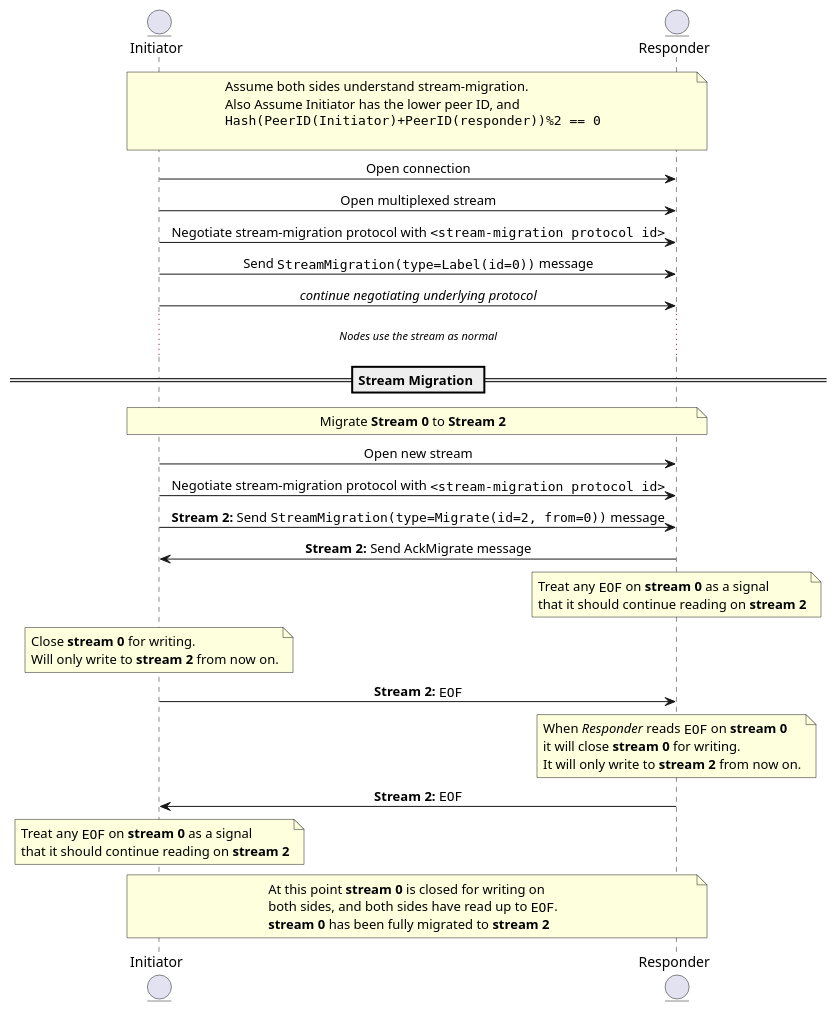
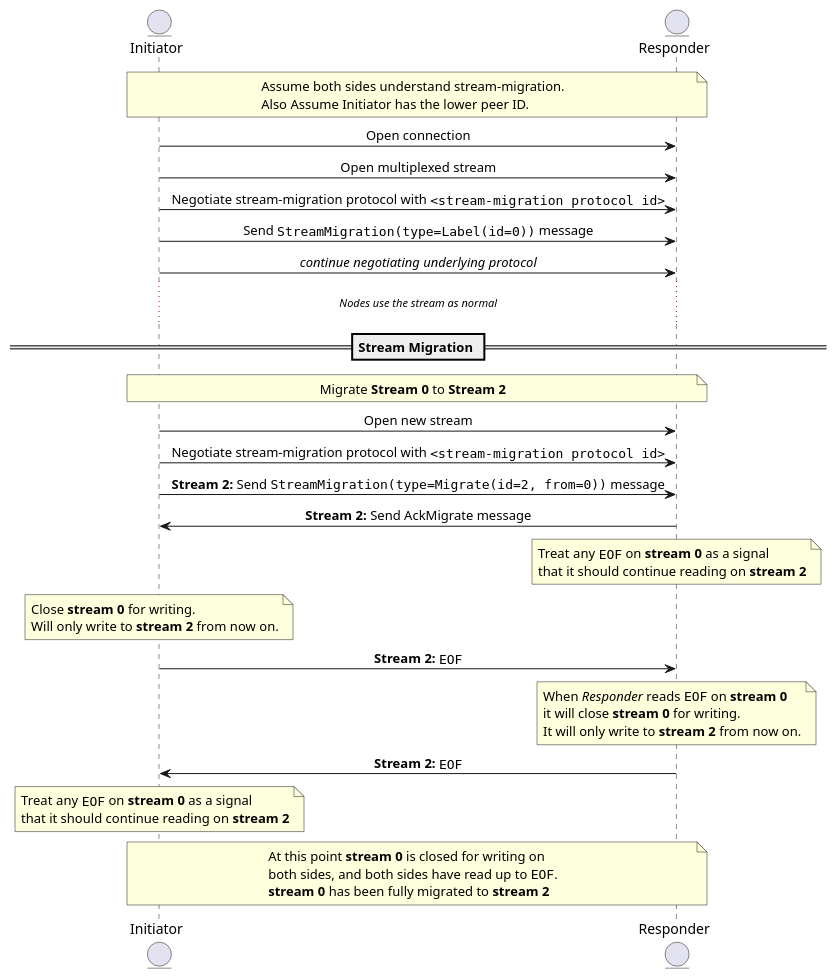
Before and after one commit to libp2p/specs: the diagram in connections/stream-migration.md, drawn with PlantUML. The commit also changed other lines of this file and 1 other file, not shown here.

Commit message:
Simply use the lower peer id

````diff
--- a/connections/stream-migration.md
+++ b/connections/stream-migration.md
@@ -63,68 +63,66 @@
 ``` plantuml
 @startuml stream-migration
 skinparam sequenceMessageAlign center
 entity Initiator
 entity Responder
 
 note over Initiator, Responder
     Assume both sides understand stream-migration.
-    Also Assume Initiator has the lower peer ID, and
-    ""Hash(PeerID(Initiator)+PeerID(responder))%2 == 0""
-
+    Also Assume Initiator has the lower peer ID.
 end note
 
 Initiator -> Responder: Open connection
 Initiator -> Responder: Open multiplexed stream
 
 Initiator -> Responder: Negotiate stream-migration protocol with ""<stream-migration protocol id>""
 
 Initiator -> Responder: Send ""StreamMigration(type=Label(id=0))"" message
 
 Initiator -> Responder: <i> continue negotiating underlying protocol </i>
 ... <i>Nodes use the stream as normal<i> ...
 
 == Stream Migration ==
 
 note over Initiator, Responder: Migrate <b>Stream 0</b> to <b>Stream 2</b>
 
 Initiator -> Responder: Open new stream
 Initiator -> Responder: Negotiate stream-migration protocol with ""<stream-migration protocol id>""
 
 Initiator -> Responder: <b>Stream 2:</b> Send ""StreamMigration(type=Migrate(id=2, from=0))"" message
 
 Initiator <- Responder: <b>Stream 2:</b> Send AckMigrate message
 
 note over Responder
     Treat any ""EOF"" on <b>stream 0</b> as a signal
     that it should continue reading on <b>stream 2</b>
 end note
 
 
 note over Initiator
     Close <b>stream 0</b> for writing.
     Will only write to <b>stream 2</b> from now on.
 end note
 
 Initiator -> Responder: <b>Stream 2:</b> ""EOF""
 
 note over Responder
     When <i>Responder</i> reads ""EOF"" on <b>stream 0</b>
     it will close <b>stream 0</b> for writing.
     It will only write to <b>stream 2</b> from now on.
 end note
 
 Initiator <- Responder: <b>Stream 2:</b> ""EOF""
 
 note over Initiator
     Treat any ""EOF"" on <b>stream 0</b> as a signal
     that it should continue reading on <b>stream 2</b>
 end note
 
 note over Initiator, Responder
     At this point <b>stream 0</b> is closed for writing on
     both sides, and both sides have read up to ""EOF"".
     <b>stream 0</b> has been fully migrated to <b>stream 2</b>
 end note
 
 @enduml
 ```
````
